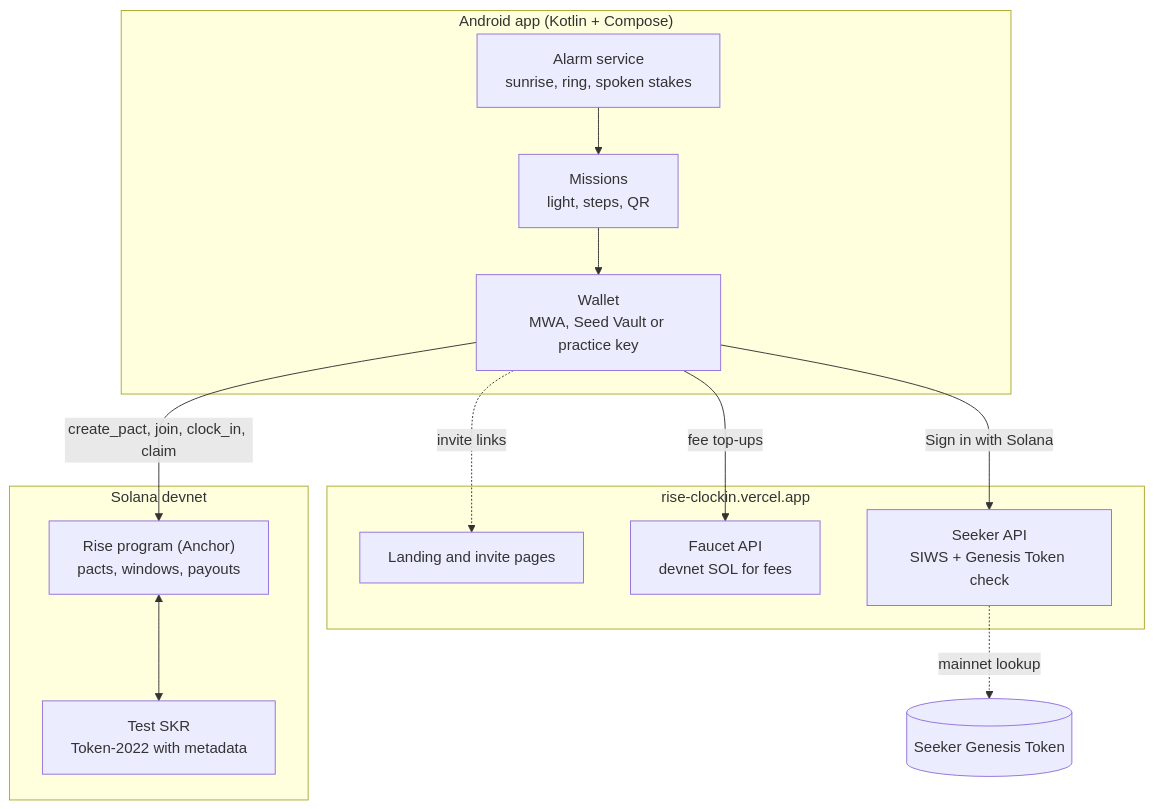
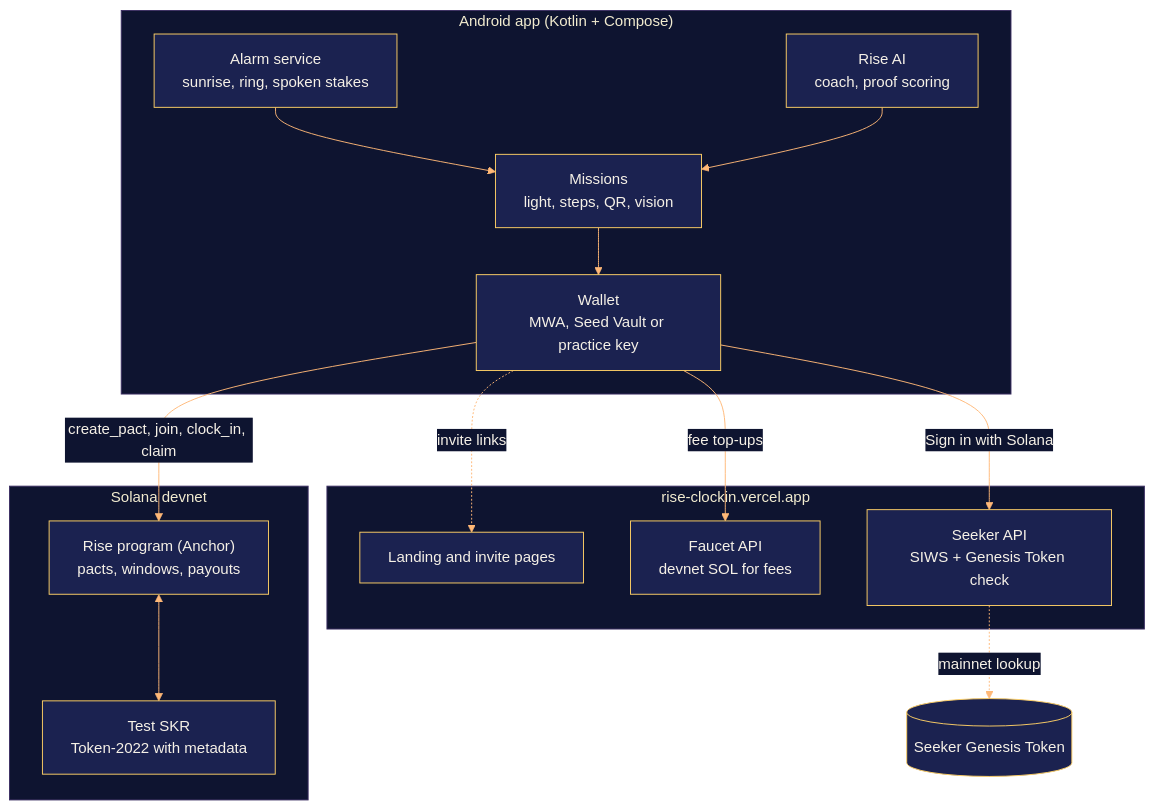
The second of 2 diagrams in README.md (RohanGlitched/rise-clockin), drawn with Mermaid before and after one commit. The commit also changed other lines of this file and 39 other files, not shown here.

````diff
--- a/README.md
+++ b/README.md
@@ -125,24 +130,27 @@
 ```mermaid
+%%{init: {'theme':'base','themeVariables':{'primaryColor':'#1b2250','primaryTextColor':'#f6f1e7','primaryBorderColor':'#ffd166','lineColor':'#ffb877','secondaryColor':'#2b2452','tertiaryColor':'#0e1430','actorBkg':'#1b2250','actorBorder':'#ffd166','actorTextColor':'#f6f1e7','signalColor':'#ffb877','signalTextColor':'#f6f1e7','noteBkgColor':'#ede3cc','noteTextColor':'#1f2747','noteBorderColor':'#c9b993','clusterBkg':'#0e1430','clusterBorder':'#3c2f63','edgeLabelBackground':'#0e1430','fontFamily':'Bricolage Grotesque, system-ui, sans-serif'}}}%%
 flowchart TB
     subgraph Phone["Android app (Kotlin + Compose)"]
         AL["Alarm service<br/>sunrise, ring, spoken stakes"]
-        MS["Missions<br/>light, steps, QR"]
+        MS["Missions<br/>light, steps, QR, vision"]
+        AI["Rise AI<br/>coach, proof scoring"]
         WA["Wallet<br/>MWA, Seed Vault or practice key"]
     end
     subgraph Chain["Solana devnet"]
         PR["Rise program (Anchor)<br/>pacts, windows, payouts"]
         SKR["Test SKR<br/>Token-2022 with metadata"]
     end
     subgraph Web["rise-clockin.vercel.app"]
         SITE["Landing and invite pages"]
         SOL["Faucet API<br/>devnet SOL for fees"]
         SGT["Seeker API<br/>SIWS + Genesis Token check"]
     end
     AL --> MS --> WA
+    AI --> MS
     WA -->|create_pact, join, clock_in, claim| PR
     PR <--> SKR
     WA -.->|invite links| SITE
     WA -->|fee top-ups| SOL
     WA -->|Sign in with Solana| SGT
     SGT -.->|mainnet lookup| MAIN[("Seeker Genesis Token")]
 ```
````
